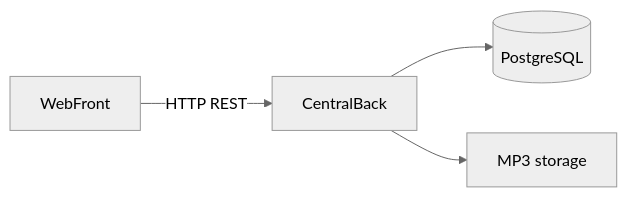
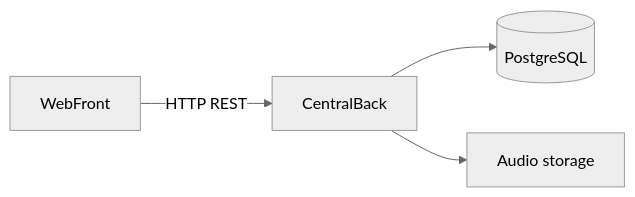
The diagram in arquitectura.md (B3RT1C/audio-streaming), drawn with Mermaid (neutral theme) before and after one commit. The commit also changed other lines of this file and 6 other files, not shown here.

````diff
--- a/arquitectura.md
+++ b/arquitectura.md
@@ -9,6 +9,6 @@
 ```mermaid
 flowchart LR
   webFront[WebFront] -->|HTTP REST| centralBack[CentralBack]
   centralBack --> db[(PostgreSQL)]
-  centralBack --> files[MP3 storage]
+  centralBack --> files[Audio storage]
 ```
````
